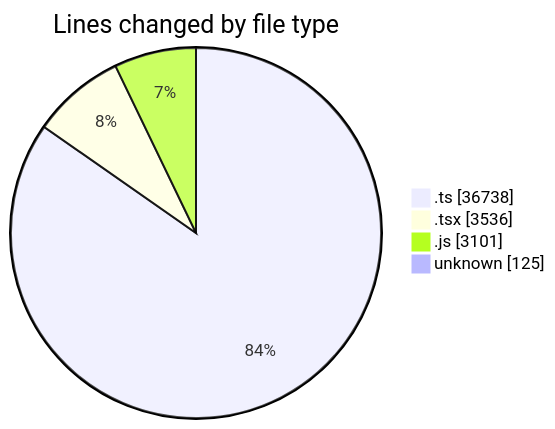
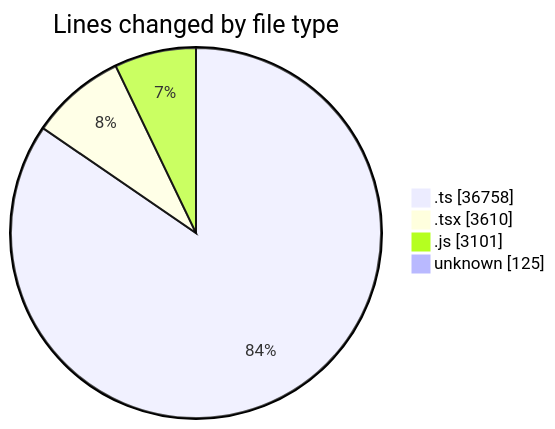
The first of 2 diagrams in 2026-09-18/cda/README.md (momahboobian/code-tracking), drawn with Mermaid before and after one commit. The commit also changed other lines of this file and 1 other file, not shown here.

````diff
--- a/2026-09-18/cda/README.md
+++ b/2026-09-18/cda/README.md
@@ -52,8 +56,8 @@
 ```mermaid
 pie showData
 title Lines changed by file type
-".ts" : 36738
-".tsx" : 3536
+".ts" : 36758
+".tsx" : 3610
 ".js" : 3101
 "unknown" : 125
 ```
````
